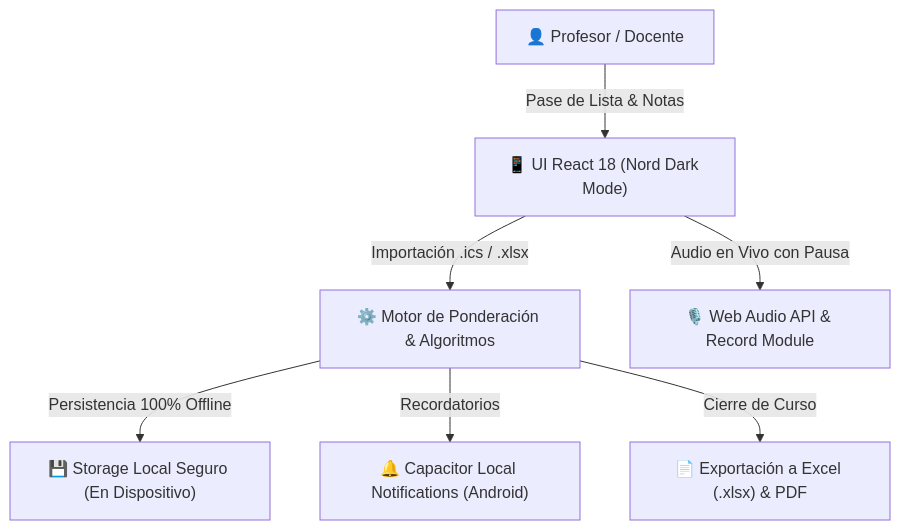
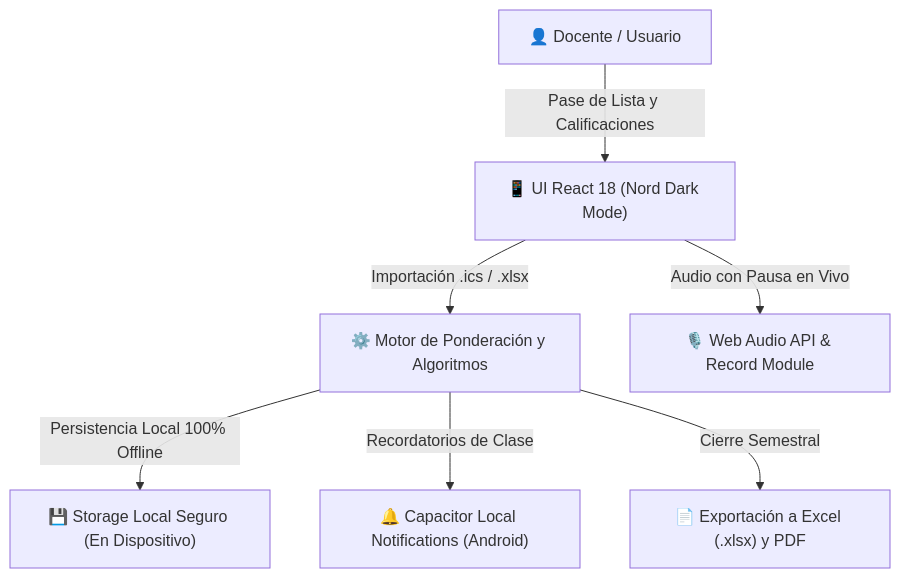
One commit to carlosmontejo99/profasist changed the diagram in README.md. Above: the diagram before and after it, drawn with Mermaid. The commit also changed other lines of this file, not shown here.

````diff
--- a/README.md
+++ b/README.md
@@ -87,9 +82,9 @@
 ```mermaid
 graph TD
-    A["👤 Profesor / Docente"] -->|Pase de Lista & Notas| B["📱 UI React 18 (Nord Dark Mode)"]
-    B -->|Importación .ics / .xlsx| C["⚙️ Motor de Ponderación & Algoritmos"]
-    B -->|Audio en Vivo con Pausa| D["🎙️ Web Audio API & Record Module"]
-    C -->|Persistencia 100% Offline| E["💾 Storage Local Seguro (En Dispositivo)"]
-    C -->|Recordatorios| F["🔔 Capacitor Local Notifications (Android)"]
-    C -->|Cierre de Curso| G["📄 Exportación a Excel (.xlsx) & PDF"]
+    A["👤 Docente / Usuario"] -->|Pase de Lista y Calificaciones| B["📱 UI React 18 (Nord Dark Mode)"]
+    B -->|Importación .ics / .xlsx| C["⚙️ Motor de Ponderación y Algoritmos"]
+    B -->|Audio con Pausa en Vivo| D["🎙️ Web Audio API & Record Module"]
+    C -->|Persistencia Local 100% Offline| E["💾 Storage Local Seguro (En Dispositivo)"]
+    C -->|Recordatorios de Clase| F["🔔 Capacitor Local Notifications (Android)"]
+    C -->|Cierre Semestral| G["📄 Exportación a Excel (.xlsx) y PDF"]
 ```
````
